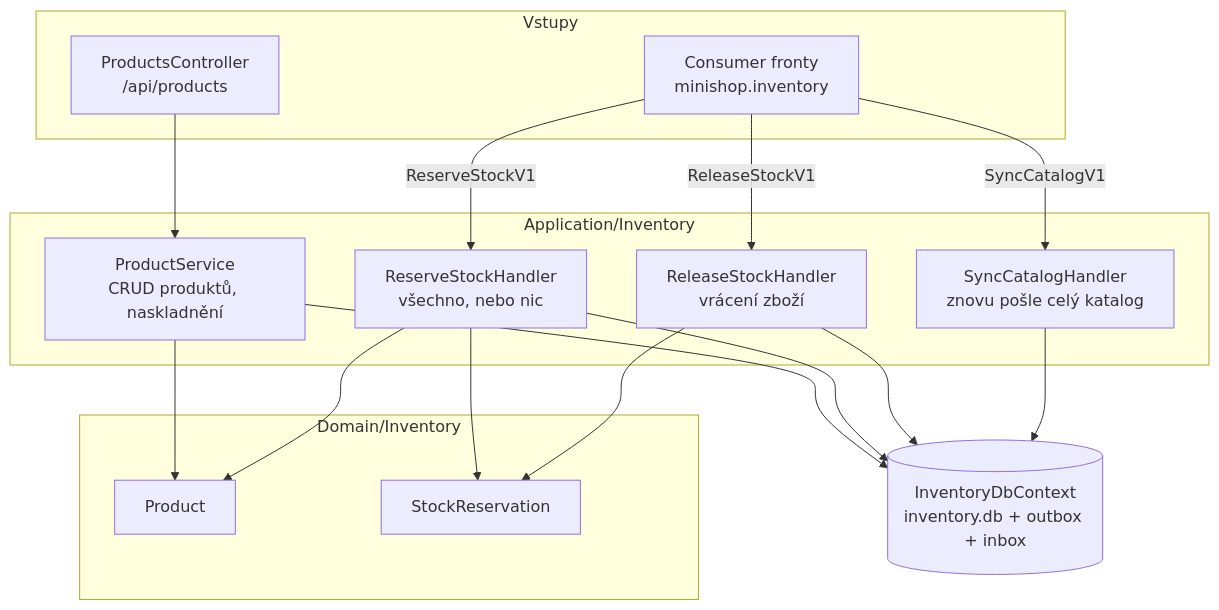
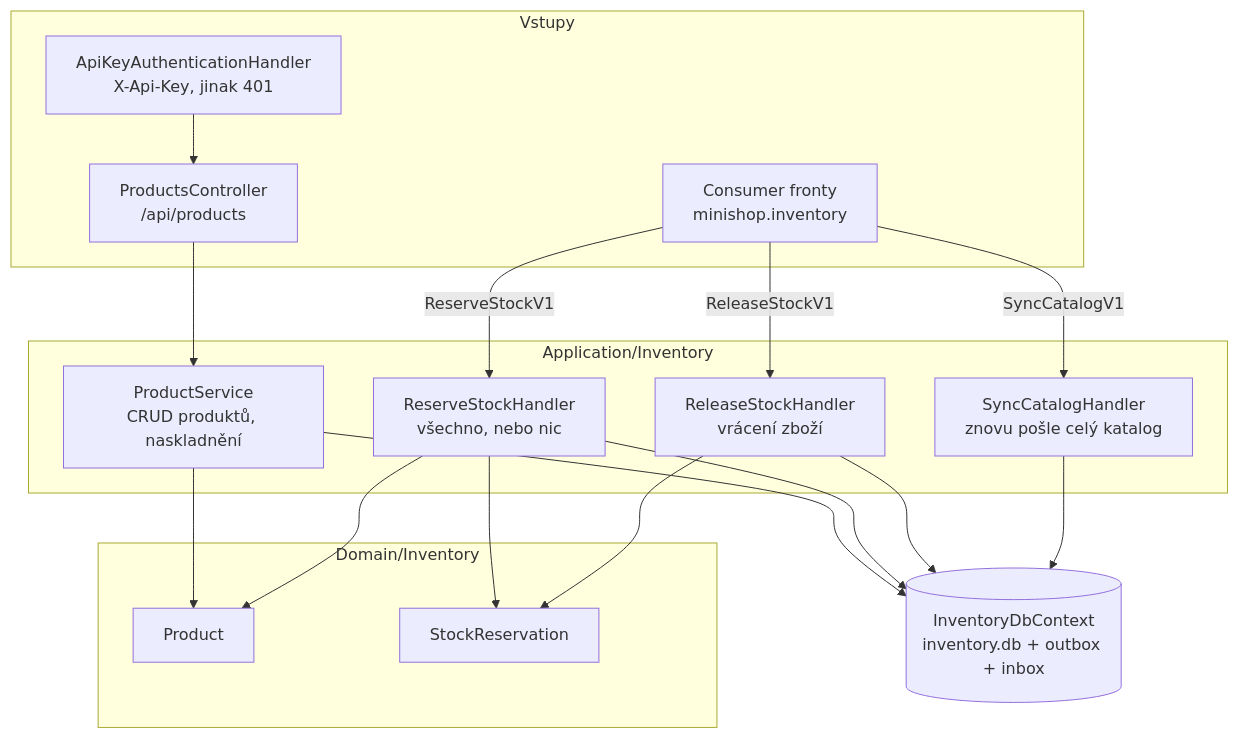
Before and after one commit to ftichy/MiniShop: the diagram in docs/prirucka/architektura/moduly/inventory.md, drawn with Mermaid. The commit also changed other lines of this file and 21 other files, not shown here.

````diff
--- a/docs/prirucka/architektura/moduly/inventory.md
+++ b/docs/prirucka/architektura/moduly/inventory.md
@@ -12,41 +12,43 @@
 ```mermaid
 flowchart TB
     subgraph entry["Vstupy"]
+        key["ApiKeyAuthenticationHandler<br/>X-Api-Key, jinak 401"]
         rest["ProductsController<br/>/api/products"]
         consumer["Consumer fronty<br/>minishop.inventory"]
     end
 
     subgraph app["Application/Inventory"]
         svc["ProductService<br/>CRUD produktů, naskladnění"]
         reserve["ReserveStockHandler<br/>všechno, nebo nic"]
         release["ReleaseStockHandler<br/>vrácení zboží"]
         syncH["SyncCatalogHandler<br/>znovu pošle celý katalog"]
     end
 
     subgraph domain["Domain/Inventory"]
         product["Product"]
         reservation["StockReservation"]
     end
 
     db[("InventoryDbContext<br/>inventory.db + outbox + inbox")]
 
+    key --> rest
     rest --> svc
     consumer -->|ReserveStockV1| reserve
     consumer -->|ReleaseStockV1| release
     consumer -->|SyncCatalogV1| syncH
     svc --> product
     reserve --> product
     reserve --> reservation
     release --> reservation
     svc --> db
     reserve --> db
     release --> db
     syncH --> db
 
     click reserve "/Docs/toky/vytvoreni-objednavky"
     click release "/Docs/toky/zruseni-a-vyrizeni"
     click syncH "/Docs/toky/obnova-katalogu"
     click db "/Docs/eda/outbox"
     click consumer "/Docs/eda/broker"
     click svc "/Docs/toky/zmena-produktu"
 ```
````
